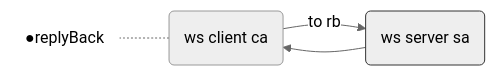
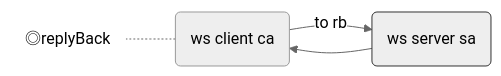
One commit to toshirot/w2w changed the first of 7 diagrams in README.md. Above: the diagram before and after it, drawn with Mermaid (neutral theme). The commit also changed other lines of this file, not shown here.

````diff
--- a/README.md
+++ b/README.md
@@ -102,16 +102,16 @@
 ```mermaid
 flowchart LR
 
 %%test0("at on connect: 自動で返される reply back"):::class_text
 
     %%single_type3
-        text_a2a("●replyBack"):::class_text_min
+        text_a2a("◎replyBack"):::class_text_min
         single_type3c(ws client ca) 
         single_type3s(ws server sa):::class_server
             text_a2a -.- single_type3c
             single_type3c --> |to rb| single_type3s --> single_type3c
 
 classDef class_server fill:#eee,color:#000,stroke:#333
 classDef class_text fill:#fff,color:#000,stroke:#fff
 classDef class_text_min fill:#fff,color:#000,stroke:#fff,margin:0
 ```
````
